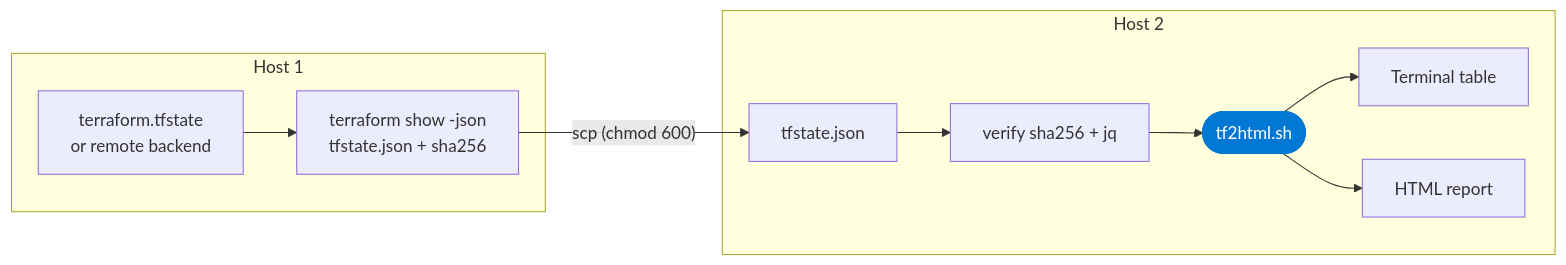
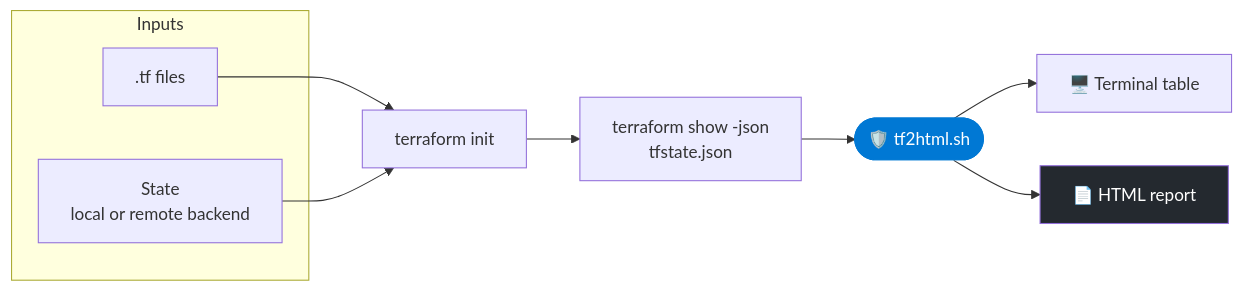
The diagram in tf2html_readme.md (svuillaume/cnapp_az), drawn with Mermaid before and after one commit. The commit also changed other lines of this file, not shown here.

````diff
--- a/tf2html_readme.md
+++ b/tf2html_readme.md
@@ -28,15 +32,16 @@
 ```mermaid
 flowchart LR
-    subgraph H1["Host 1"]
-        A["terraform.tfstate<br/>or remote backend"] --> B["terraform show -json<br/>tfstate.json + sha256"]
+    subgraph IN["Inputs"]
+        C[".tf files"]
+        S["State<br/>local or remote backend"]
     end
-    B -->|"scp (chmod 600)"| C
-    subgraph H2["Host 2"]
-        C["tfstate.json"] --> D["verify sha256 + jq"]
-        D --> E(["tf2html.sh"])
-        E --> F["Terminal table"]
-        E --> G["HTML report"]
-    end
+    C --> I["terraform init"]
+    S --> I
+    I --> J["terraform show -json<br/>tfstate.json"]
+    J --> T(["🛡️ tf2html.sh"])
+    T --> O1["🖥️ Terminal table"]
+    T --> O2["📄 HTML report"]
 
-    style E fill:#0078D4,color:#fff,stroke:#0078D4
+    style T fill:#0078D4,color:#fff,stroke:#0078D4
+    style O2 fill:#24292f,color:#fff
 ```
````
